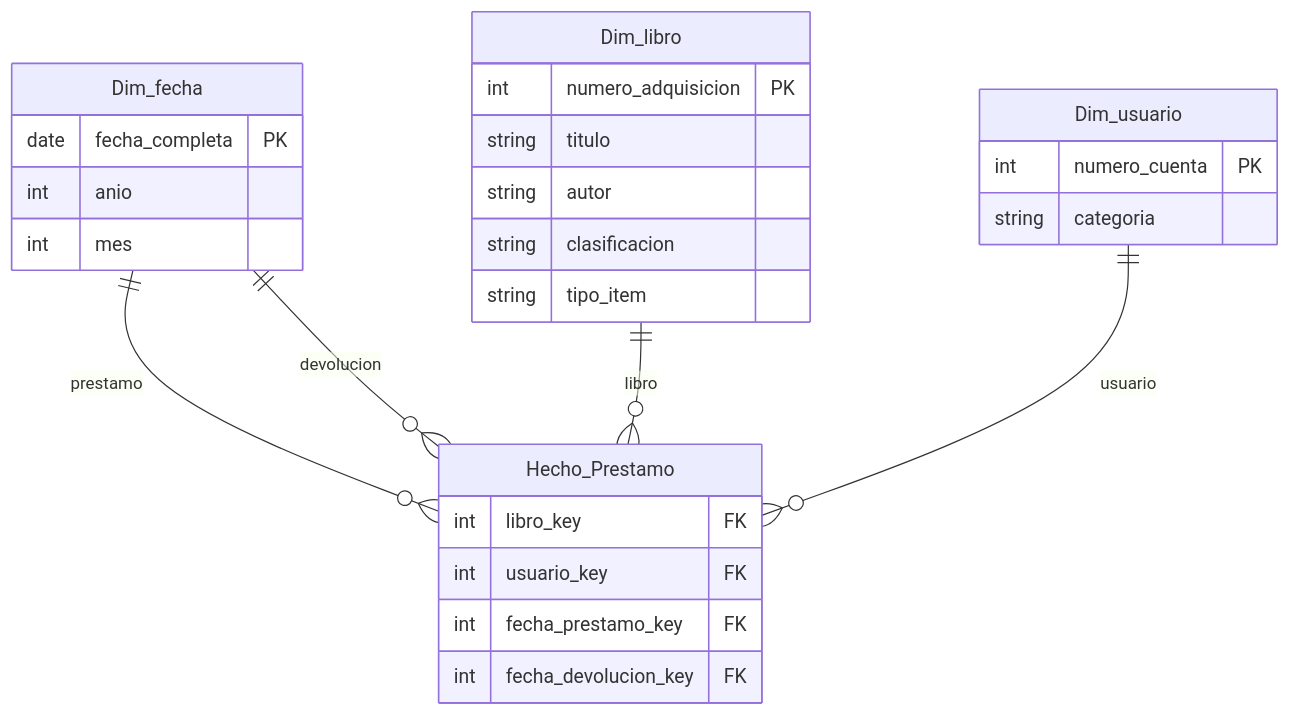
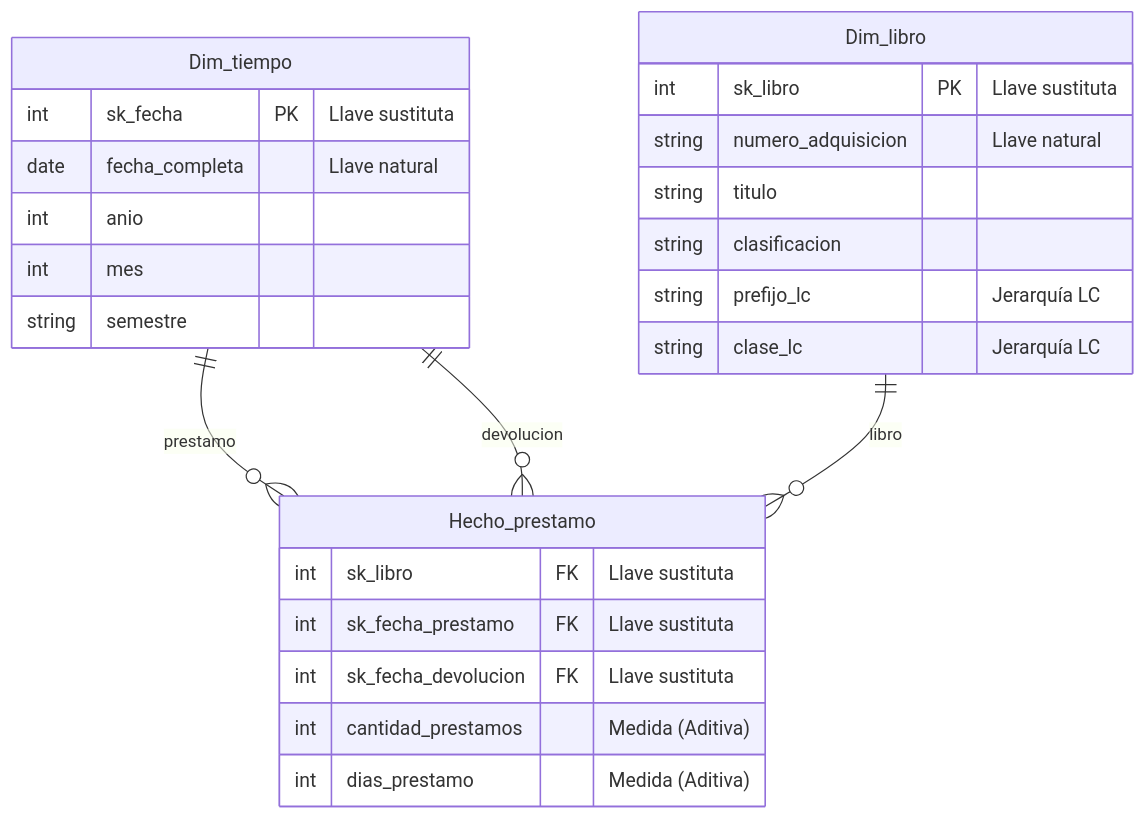
One commit to EmilianoLuna09099/ProyectoAyMD changed the diagram in entregas/E1_arquitectura_dw/estrella.qmd. Above: the diagram before and after it, drawn with Mermaid. The commit also changed other lines of this file and 1 other file, not shown here.

````diff
--- a/entregas/E1_arquitectura_dw/estrella.qmd
+++ b/entregas/E1_arquitectura_dw/estrella.qmd
@@ -43,34 +44,32 @@
 ```{mermaid}
 %%{init: {'er': {'layoutDirection': 'LR'}}}%%
 erDiagram
-    Dim_fecha ||--o{ Hecho_Prestamo : prestamo
-    Dim_fecha ||--o{ Hecho_Prestamo : devolucion
-    Dim_libro ||--o{ Hecho_Prestamo : libro
-    Dim_usuario ||--o{ Hecho_Prestamo : usuario
+    Dim_tiempo ||--o{ Hecho_prestamo : prestamo
+    Dim_tiempo ||--o{ Hecho_prestamo : devolucion
+    Dim_libro ||--o{ Hecho_prestamo : libro
 
     Dim_libro {
-        int numero_adquisicion PK
+        int sk_libro PK "Llave sustituta"
+        string numero_adquisicion "Llave natural"
         string titulo
-        string autor
         string clasificacion
-        string tipo_item
+        string prefijo_lc "Jerarquía LC"
+        string clase_lc "Jerarquía LC"
     }
 
-    Hecho_Prestamo {
-        int libro_key FK
-        int usuario_key FK
-        int fecha_prestamo_key FK
-        int fecha_devolucion_key FK
+    Hecho_prestamo {
+        int sk_libro FK "Llave sustituta"
+        int sk_fecha_prestamo FK "Llave sustituta"
+        int sk_fecha_devolucion FK "Llave sustituta"
+        int cantidad_prestamos "Medida (Aditiva)"
+        int dias_prestamo "Medida (Aditiva)"
     }
 
-    Dim_usuario {
-        int numero_cuenta PK
-        string categoria
-    }
-
-    Dim_fecha {
-        date fecha_completa PK
+    Dim_tiempo {
+        int sk_fecha PK "Llave sustituta"
+        date fecha_completa "Llave natural"
         int anio
         int mes
+        string semestre
     }
 ```
````
